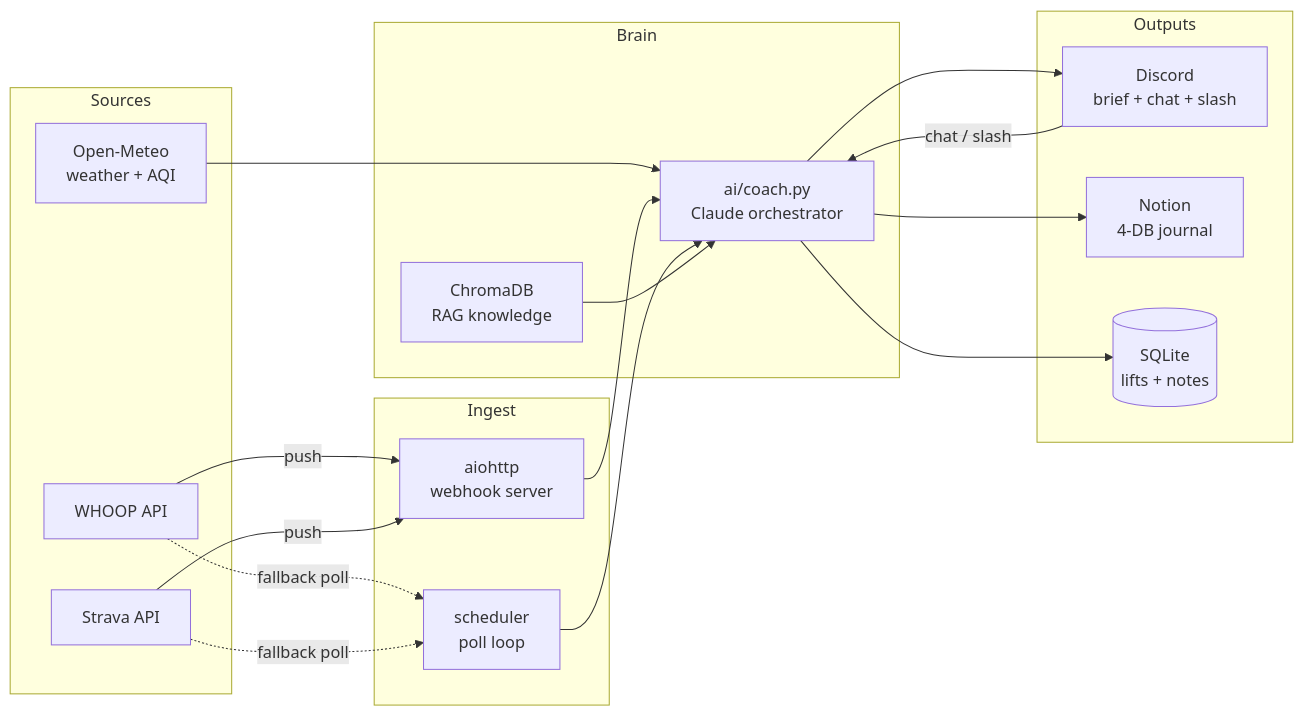
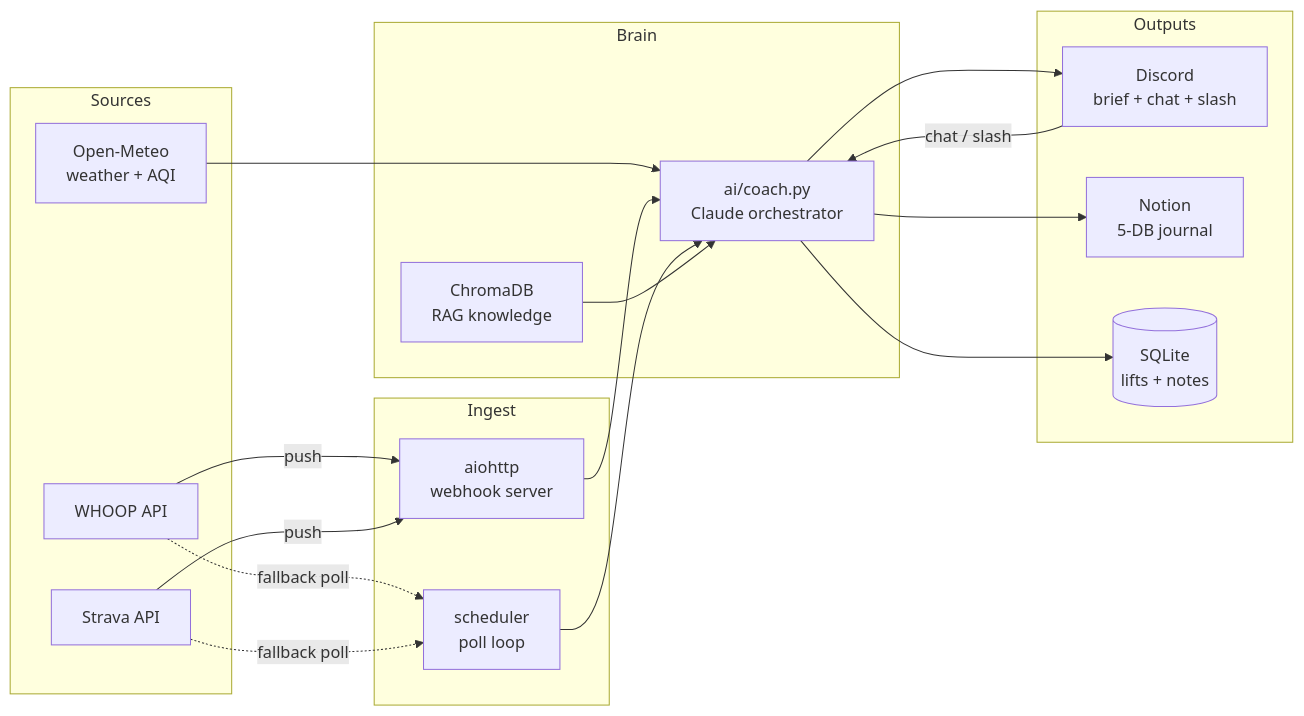
The diagram in README.md (dylanglatt/fitness-agent), drawn with Mermaid before and after one commit. The commit also changed other lines of this file and 22 other files, not shown here.

````diff
--- a/README.md
+++ b/README.md
@@ -56,39 +58,39 @@
 ```mermaid
 flowchart LR
     subgraph Sources
         WHOOP[WHOOP API]
         STRAVA[Strava API]
         OPENMETEO[Open-Meteo<br/>weather + AQI]
     end
 
     subgraph Ingest
         WEBHOOK[aiohttp<br/>webhook server]
         POLL[scheduler<br/>poll loop]
     end
 
     subgraph Brain
         COACH[ai/coach.py<br/>Claude orchestrator]
         RAG[ChromaDB<br/>RAG knowledge]
     end
 
     subgraph Outputs
         DISCORD[Discord<br/>brief + chat + slash]
-        NOTION[Notion<br/>4-DB journal]
+        NOTION[Notion<br/>5-DB journal]
         SQLITE[(SQLite<br/>lifts + notes)]
     end
 
     WHOOP -->|push| WEBHOOK
     STRAVA -->|push| WEBHOOK
     WHOOP -.->|fallback poll| POLL
     STRAVA -.->|fallback poll| POLL
     OPENMETEO --> COACH
 
     WEBHOOK --> COACH
     POLL --> COACH
     RAG --> COACH
 
     COACH --> DISCORD
     COACH --> NOTION
     COACH --> SQLITE
     DISCORD -->|chat / slash| COACH
 ```
````
